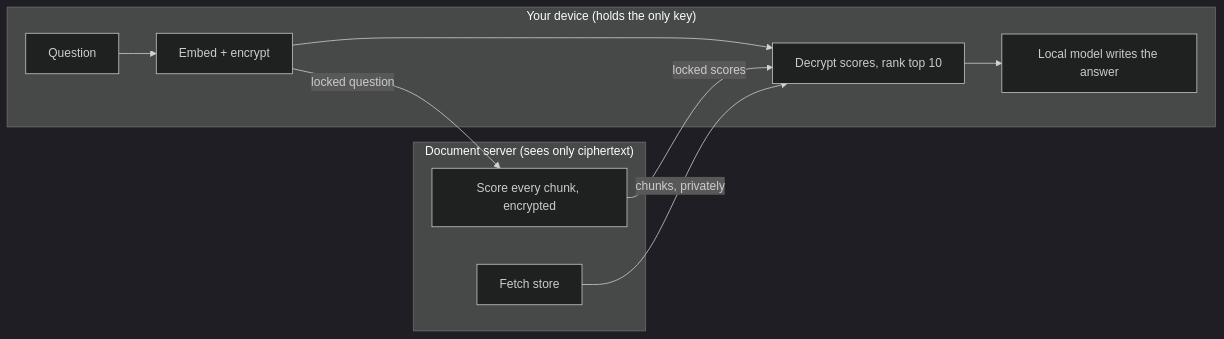
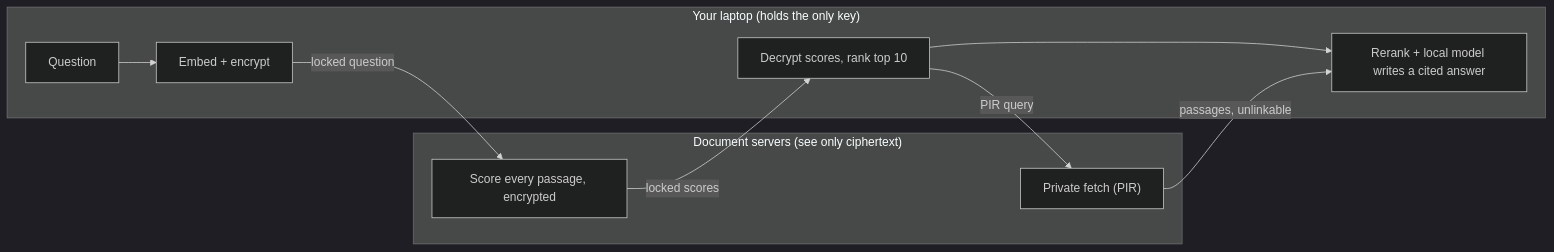
The diagram in README.md (IshanEdlabadkar/blindspot), drawn with Mermaid (dark theme) before and after one commit. The commit also changed other lines of this file and 12 other files, not shown here.

````diff
--- a/README.md
+++ b/README.md
@@ -30,15 +44,15 @@
 ```mermaid
 flowchart LR
-  subgraph Device["Your device (holds the only key)"]
+  subgraph Device["Your laptop (holds the only key)"]
     Q["Question"] --> E["Embed + encrypt"]
-    E --> R["Decrypt scores, rank top 10"]
-    R --> A["Local model writes the answer"]
+    R["Decrypt scores, rank top 10"] --> A["Rerank + local model writes a cited answer"]
   end
-  subgraph Server["Document server (sees only ciphertext)"]
-    S["Score every chunk, encrypted"]
-    F["Fetch store"]
+  subgraph Servers["Document servers (see only ciphertext)"]
+    S["Score every passage, encrypted"]
+    F["Private fetch (PIR)"]
   end
   E -- "locked question" --> S
   S -- "locked scores" --> R
-  F -- "chunks, privately" --> R
+  R -- "PIR query" --> F
+  F -- "passages, unlinkable" --> A
 ```
````
